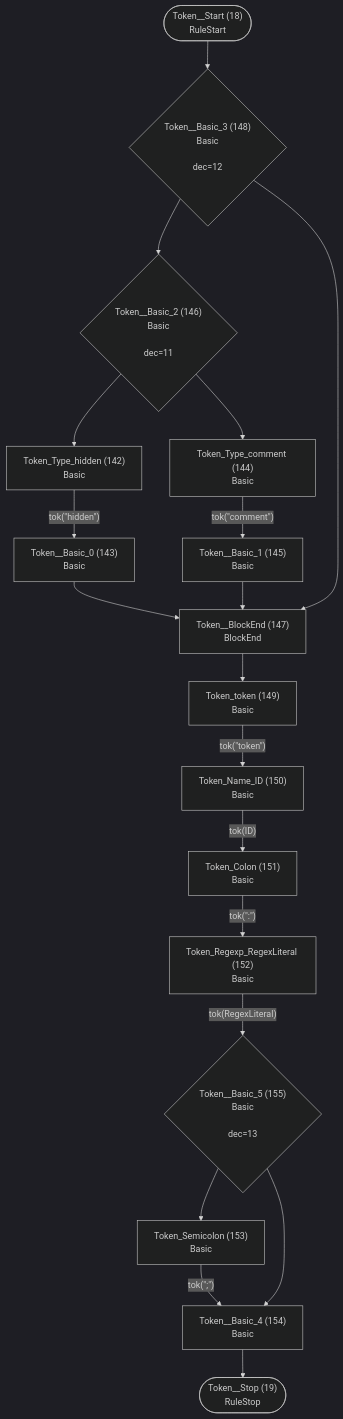
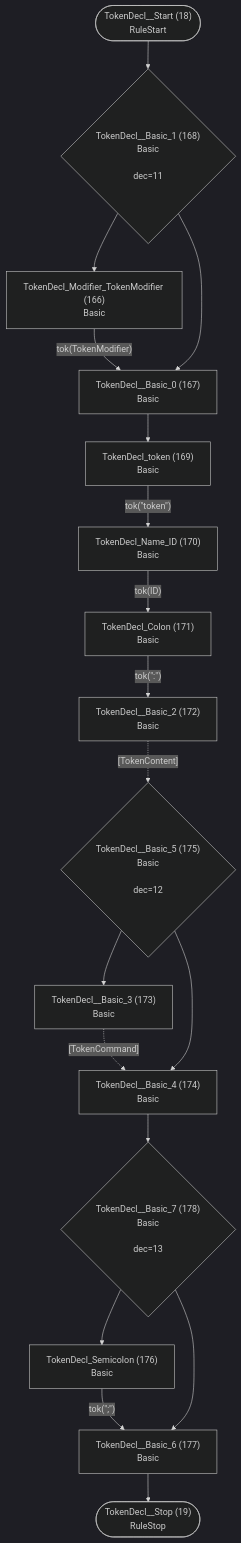
One commit to TypeFox/fastbelt changed the tenth of 40 diagrams in internal/grammar/atn.md. Above: the diagram before and after it, drawn with Mermaid (dark theme). The commit also changed other lines of this file and 84 other files, not shown here.

````diff
--- a/internal/grammar/atn.md
+++ b/internal/grammar/atn.md
@@ -281,38 +286,36 @@
 ```mermaid
 flowchart TD
-    q18(["Token__Start (18)<br/>RuleStart"])
-    q19(["Token__Stop (19)<br/>RuleStop"])
-    q142["Token_Type_hidden (142)<br/>Basic<br/>"]
-    q143["Token__Basic_0 (143)<br/>Basic<br/>"]
-    q144["Token_Type_comment (144)<br/>Basic<br/>"]
-    q145["Token__Basic_1 (145)<br/>Basic<br/>"]
-    q146{"Token__Basic_2 (146)<br/>Basic<br/><br/>dec=11"}
-    q147["Token__BlockEnd (147)<br/>BlockEnd<br/>"]
-    q148{"Token__Basic_3 (148)<br/>Basic<br/><br/>dec=12"}
-    q149["Token_token (149)<br/>Basic<br/>"]
-    q150["Token_Name_ID (150)<br/>Basic<br/>"]
-    q151["Token_Colon (151)<br/>Basic<br/>"]
-    q152["Token_Regexp_RegexLiteral (152)<br/>Basic<br/>"]
-    q153["Token_Semicolon (153)<br/>Basic<br/>"]
-    q154["Token__Basic_4 (154)<br/>Basic<br/>"]
-    q155{"Token__Basic_5 (155)<br/>Basic<br/><br/>dec=13"}
+    q18(["TokenDecl__Start (18)<br/>RuleStart"])
+    q19(["TokenDecl__Stop (19)<br/>RuleStop"])
+    q166["TokenDecl_Modifier_TokenModifier (166)<br/>Basic<br/>"]
+    q167["TokenDecl__Basic_0 (167)<br/>Basic<br/>"]
+    q168{"TokenDecl__Basic_1 (168)<br/>Basic<br/><br/>dec=11"}
+    q169["TokenDecl_token (169)<br/>Basic<br/>"]
+    q170["TokenDecl_Name_ID (170)<br/>Basic<br/>"]
+    q171["TokenDecl_Colon (171)<br/>Basic<br/>"]
+    q172["TokenDecl__Basic_2 (172)<br/>Basic<br/>"]
+    q173["TokenDecl__Basic_3 (173)<br/>Basic<br/>"]
+    q174["TokenDecl__Basic_4 (174)<br/>Basic<br/>"]
+    q175{"TokenDecl__Basic_5 (175)<br/>Basic<br/><br/>dec=12"}
+    q176["TokenDecl_Semicolon (176)<br/>Basic<br/>"]
+    q177["TokenDecl__Basic_6 (177)<br/>Basic<br/>"]
+    q178{"TokenDecl__Basic_7 (178)<br/>Basic<br/><br/>dec=13"}
 
-    q18 --> q148
-    q142 -->|"tok(&quot;hidden&quot;)"| q143
-    q143 --> q147
-    q144 -->|"tok(&quot;comment&quot;)"| q145
-    q145 --> q147
-    q146 --> q142
-    q146 --> q144
-    q147 --> q149
-    q148 --> q146
-    q148 --> q147
-    q149 -->|"tok(&quot;token&quot;)"| q150
-    q150 -->|"tok(ID)"| q151
-    q151 -->|"tok(&quot;:&quot;)"| q152
-    q152 -->|"tok(RegexLiteral)"| q155
-    q153 -->|"tok(&quot;;&quot;)"| q154
-    q154 --> q19
-    q155 --> q153
-    q155 --> q154
+    q18 --> q168
+    q166 -->|"tok(TokenModifier)"| q167
+    q167 --> q169
+    q168 --> q166
+    q168 --> q167
+    q169 -->|"tok(&quot;token&quot;)"| q170
+    q170 -->|"tok(ID)"| q171
+    q171 -->|"tok(&quot;:&quot;)"| q172
+    q172 -.->|"[TokenContent]"| q175
+    q173 -.->|"[TokenCommand]"| q174
+    q174 --> q178
+    q175 --> q173
+    q175 --> q174
+    q176 -->|"tok(&quot;;&quot;)"| q177
+    q177 --> q19
+    q178 --> q176
+    q178 --> q177
 ```
````
